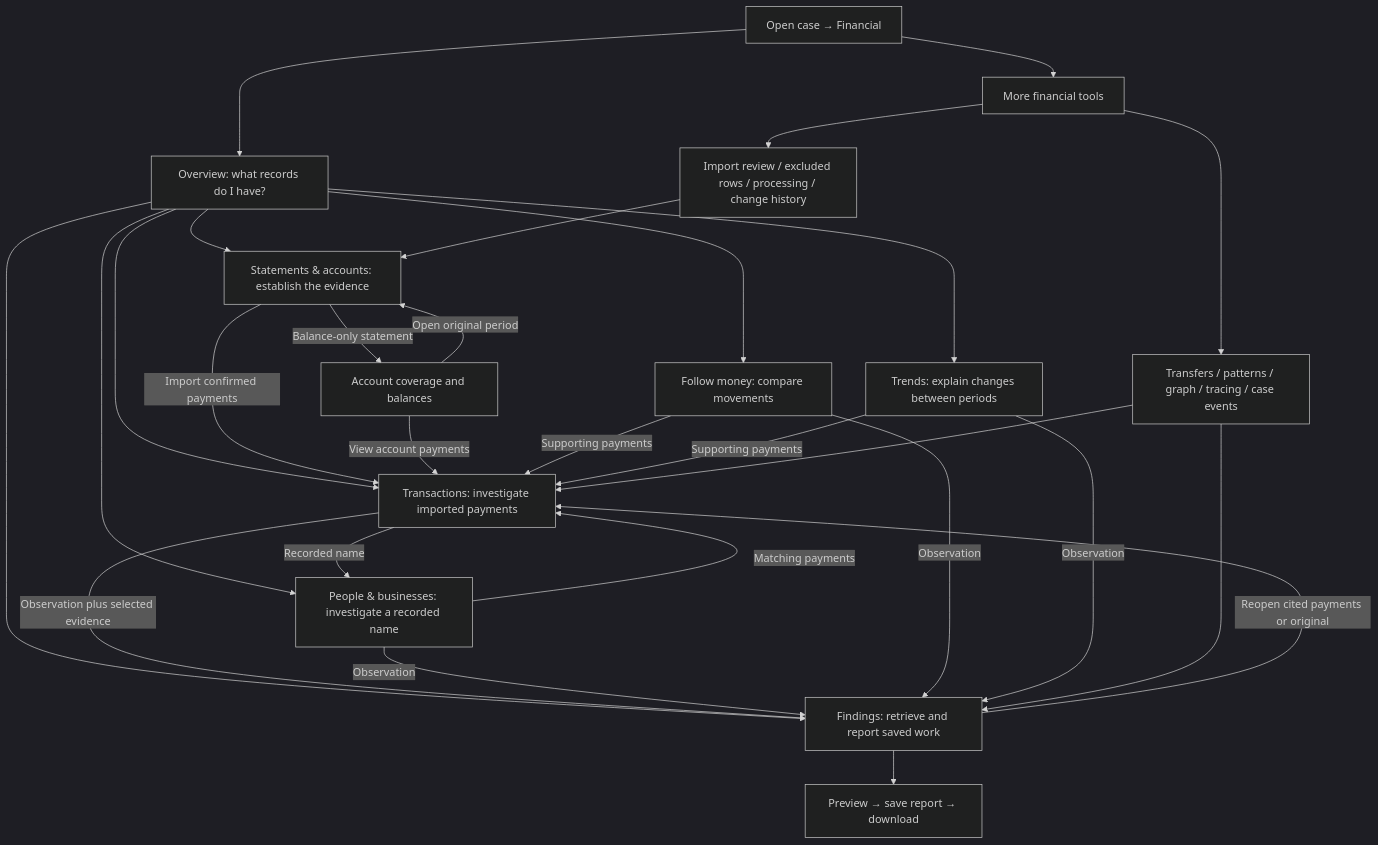
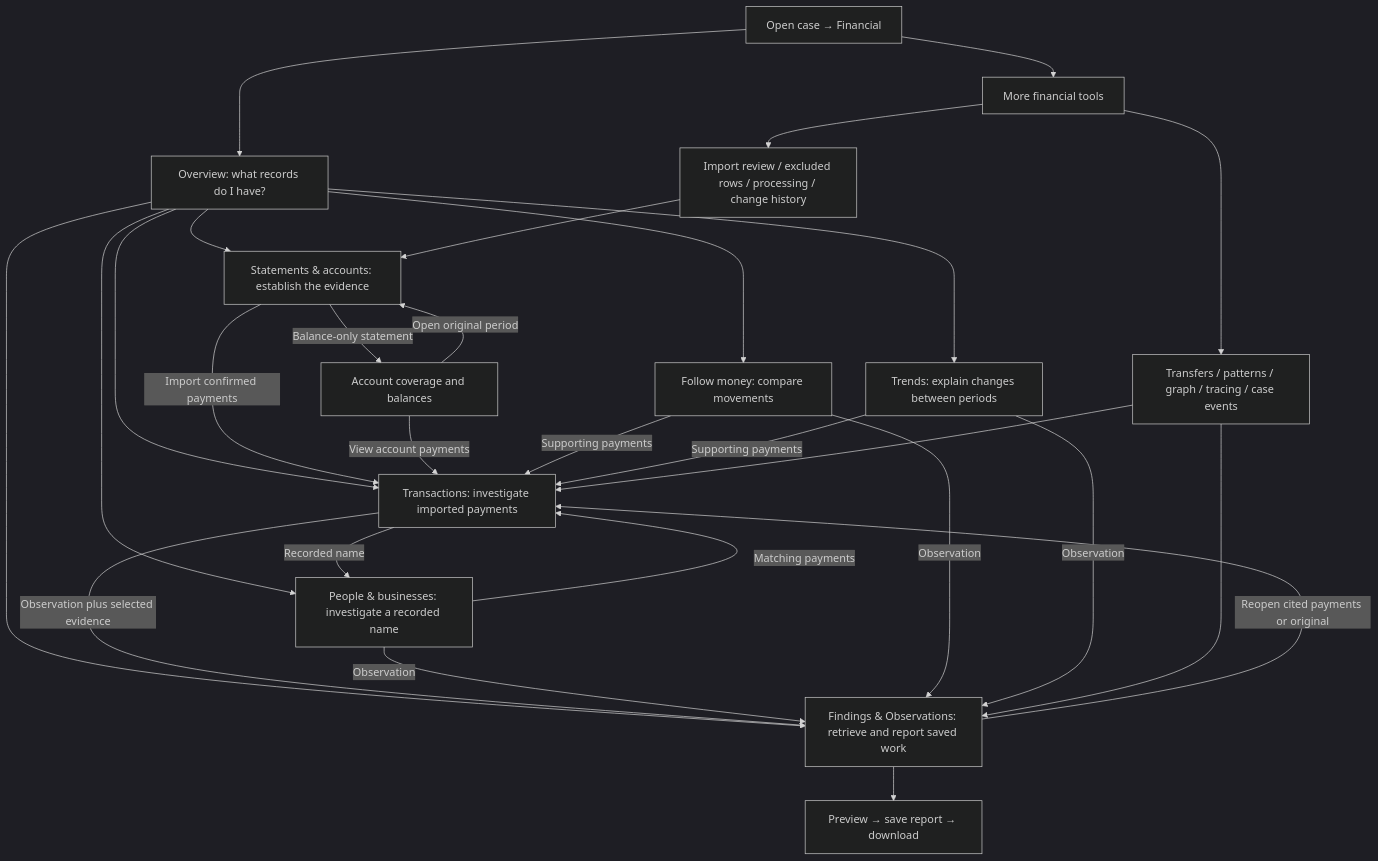
One commit to conorbowles51/owl-n4j changed the first of 9 diagrams in docs/financial-workflows/README.md. Above: the diagram before and after it, drawn with Mermaid (dark theme). The commit also changed other lines of this file and 71 other files, not shown here.

Commit message:
Make financial investigation filters, edits, findings and flow workflows coherent

````diff
--- a/docs/financial-workflows/README.md
+++ b/docs/financial-workflows/README.md
@@ -11,30 +11,30 @@
 ```mermaid
 flowchart TD
   CASE[Open case → Financial] --> O[Overview: what records do I have?]
   O --> S[Statements & accounts: establish the evidence]
   O --> T[Transactions: investigate imported payments]
   O --> P[People & businesses: investigate a recorded name]
   O --> F[Follow money: compare movements]
   O --> R[Trends: explain changes between periods]
-  O --> N[Findings: retrieve and report saved work]
+  O --> N[Findings & Observations: retrieve and report saved work]
   S -->|Import confirmed payments| T
   S -->|Balance-only statement| A[Account coverage and balances]
   A -->|Open original period| S
   A -->|View account payments| T
   T -->|Recorded name| P
   P -->|Matching payments| T
   F -->|Supporting payments| T
   R -->|Supporting payments| T
   T -->|Observation plus selected evidence| N
   P -->|Observation| N
   F -->|Observation| N
   R -->|Observation| N
   N -->|Reopen cited payments or original| T
   N --> REPORT[Preview → save report → download]
   CASE --> M[More financial tools]
   M --> X[Transfers / patterns / graph / tracing / case events]
   M --> H[Import review / excluded rows / processing / change history]
   X --> T
   X --> N
   H --> S
 ```
````
